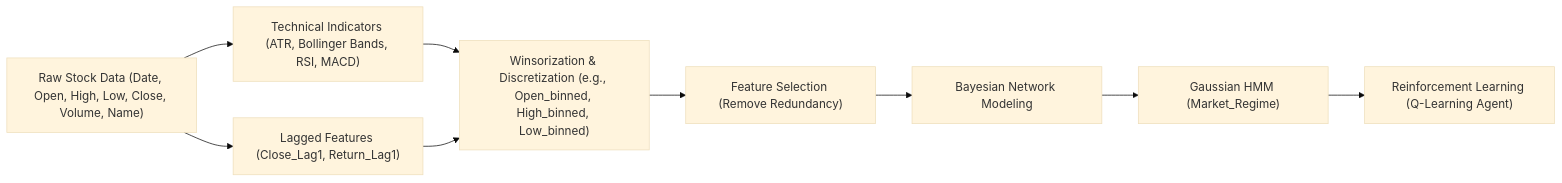
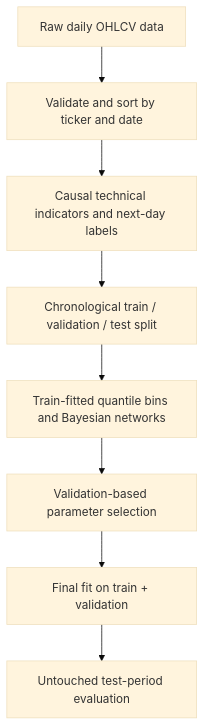
The diagram in README.md (ryanrowe2/StockTradingAI-Project), drawn with Mermaid (base theme) before and after one commit. The commit also changed other lines of this file and 23 other files, not shown here.

````diff
--- a/README.md
+++ b/README.md
@@ -452,21 +22,10 @@
 ```mermaid
-graph LR
-    A["Raw Stock Data (Date, Open, High, Low, Close, Volume, Name)"]
-    B["Technical Indicators (ATR, Bollinger Bands, RSI, MACD)"]
-    C["Lagged Features (Close_Lag1, Return_Lag1)"]
-    D["Winsorization & Discretization (e.g., Open_binned, High_binned, Low_binned)"]
-    E["Feature Selection (Remove Redundancy)"]
-    F["Bayesian Network Modeling"]
-    G["Gaussian HMM (Market_Regime)"]
-    H["Reinforcement Learning (Q-Learning Agent)"]
-    
-    A --> B
-    A --> C
-    B --> D
-    C --> D
-    D --> E
-    E --> F
-    F --> G
-    G --> H
-
+flowchart TD
+    A["Raw daily OHLCV data"] --> B["Validate and sort by ticker and date"]
+    B --> C["Causal technical indicators and next-day labels"]
+    C --> D["Chronological train / validation / test split"]
+    D --> E["Train-fitted quantile bins and Bayesian networks"]
+    E --> F["Validation-based parameter selection"]
+    F --> G["Final fit on train + validation"]
+    G --> H["Untouched test-period evaluation"]
 ```
````
